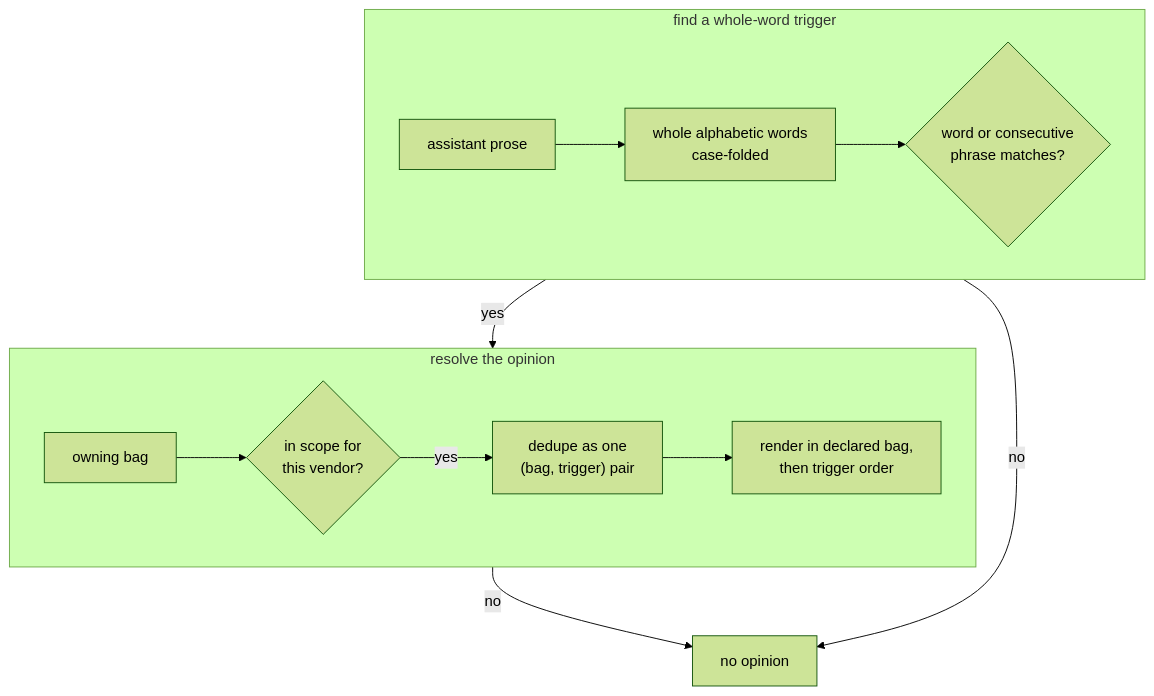
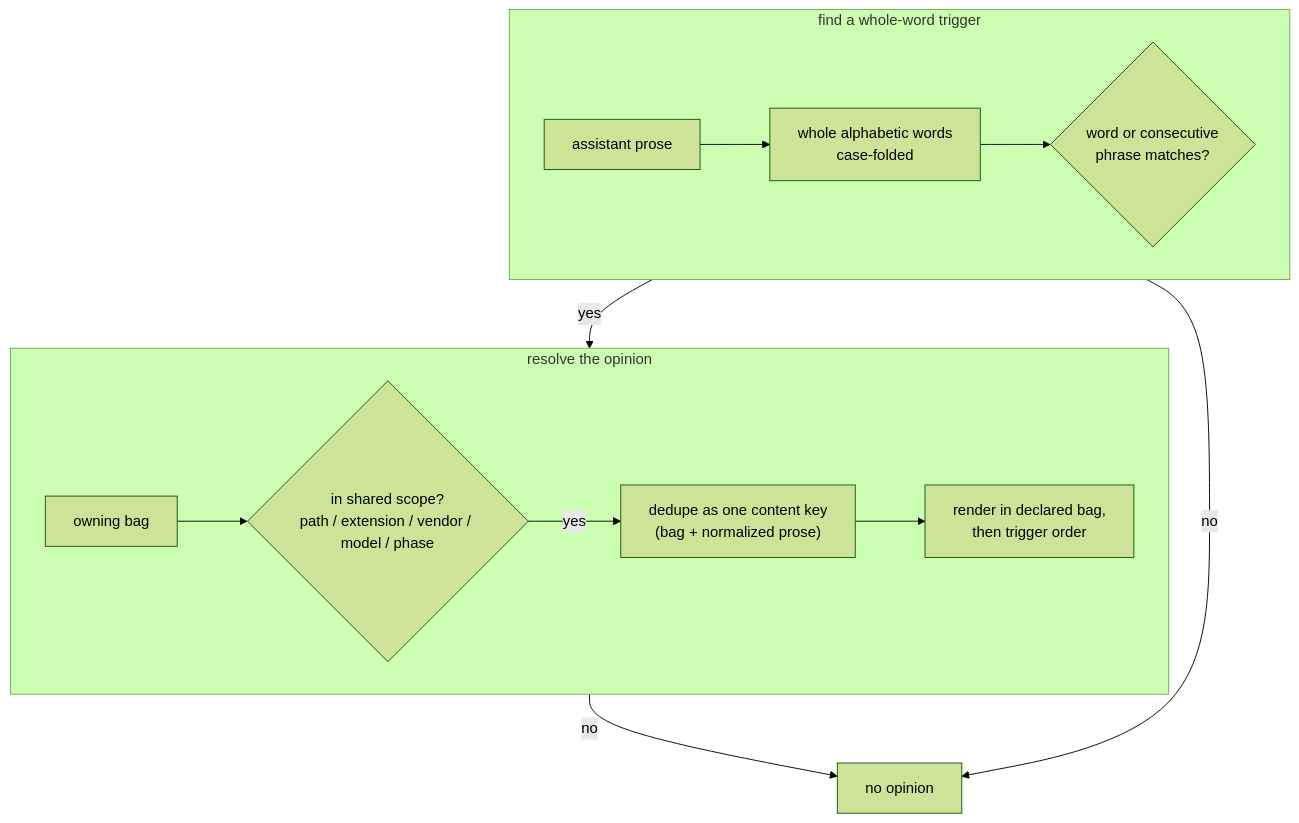
Diagram 18 of 19 in docs/product/model/states.md (infimalabs/spice-rust), drawn with Mermaid (forest theme) before and after one commit. The commit also changed other lines of this file and 120 other files, not shown here.

````diff
--- a/docs/product/model/states.md
+++ b/docs/product/model/states.md
@@ -426,17 +434,17 @@
 ```mermaid
 flowchart TD
   subgraph MATCH["find a whole-word trigger"]
     direction LR
     P["assistant prose"] --> W["whole alphabetic words<br/>case-folded"]
     W --> M{"word or consecutive<br/>phrase matches?"}
   end
   subgraph RESOLVE["resolve the opinion"]
     direction LR
-    B["owning bag"] --> S{"in scope for<br/>this vendor?"}
-    S -- yes --> D["dedupe as one<br/>(bag, trigger) pair"]
+    B["owning bag"] --> S{"in shared scope?<br/>path / extension / vendor / model / phase"}
+    S -- yes --> D["dedupe as one content key<br/>(bag + normalized prose)"]
     D --> O["render in declared bag,<br/>then trigger order"]
   end
   M -- yes --> B
   M -- no --> N["no opinion"]
   S -- no --> N
 ```
````
